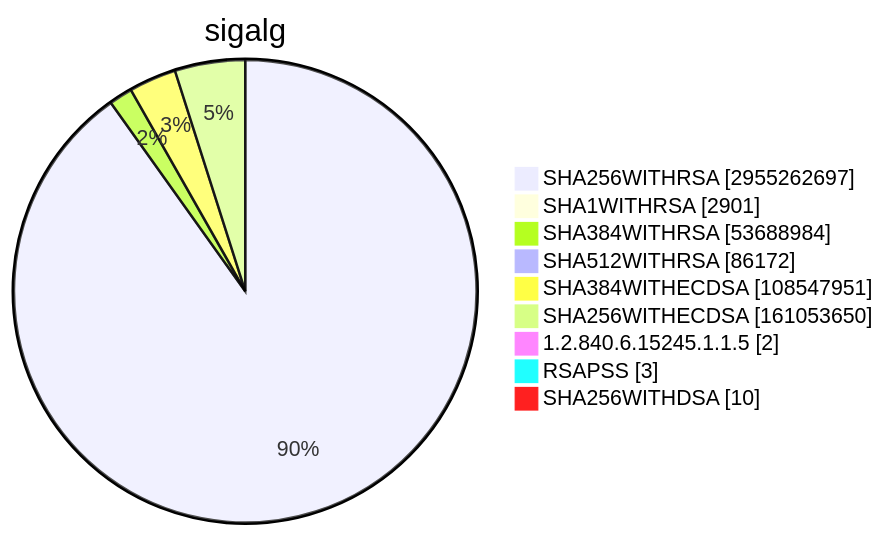
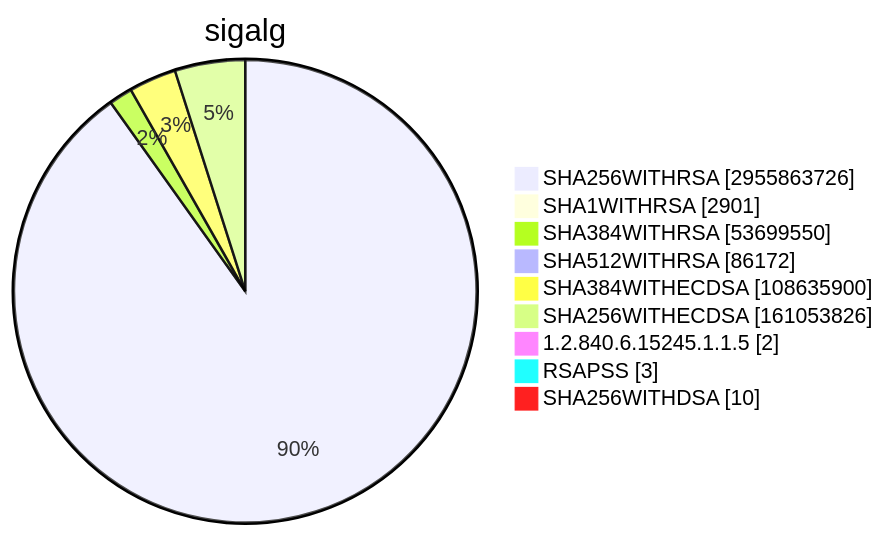
Diagram 15 of 15 in TOTAL/README.md (christiankrug/ctmonitor_visualization), drawn with Mermaid before and after one commit. The commit also changed other lines of this file, not shown here.

````diff
--- a/TOTAL/README.md
+++ b/TOTAL/README.md
@@ -6207,13 +6207,13 @@
 ```mermaid
 pie showData
 title sigalg
-"SHA256WITHRSA" :2955262697
+"SHA256WITHRSA" :2955863726
 "SHA1WITHRSA" :2901
-"SHA384WITHRSA" :53688984
+"SHA384WITHRSA" :53699550
 "SHA512WITHRSA" :86172
-"SHA384WITHECDSA" :108547951
-"SHA256WITHECDSA" :161053650
+"SHA384WITHECDSA" :108635900
+"SHA256WITHECDSA" :161053826
 "1.2.840.6.15245.1.1.5" :2
 "RSAPSS" :3
 "SHA256WITHDSA" :10
 ```
````
